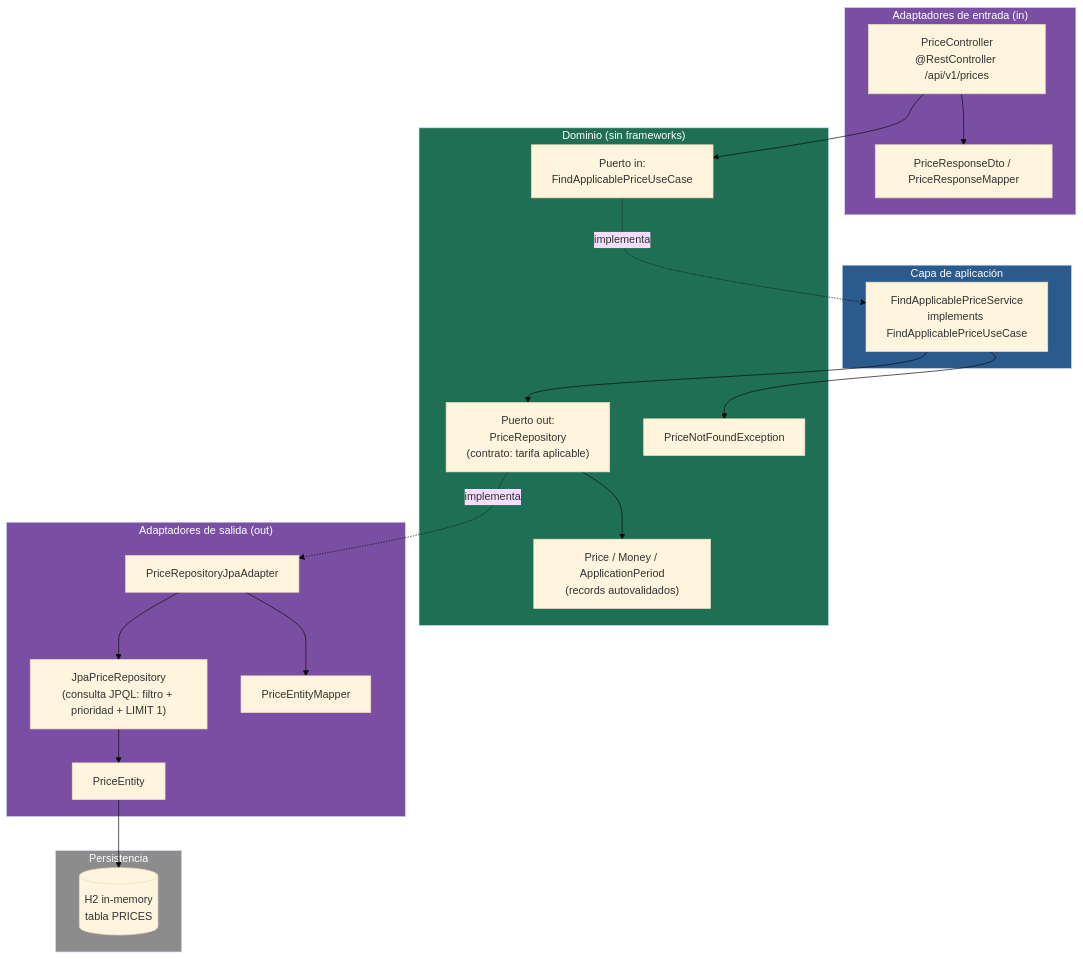
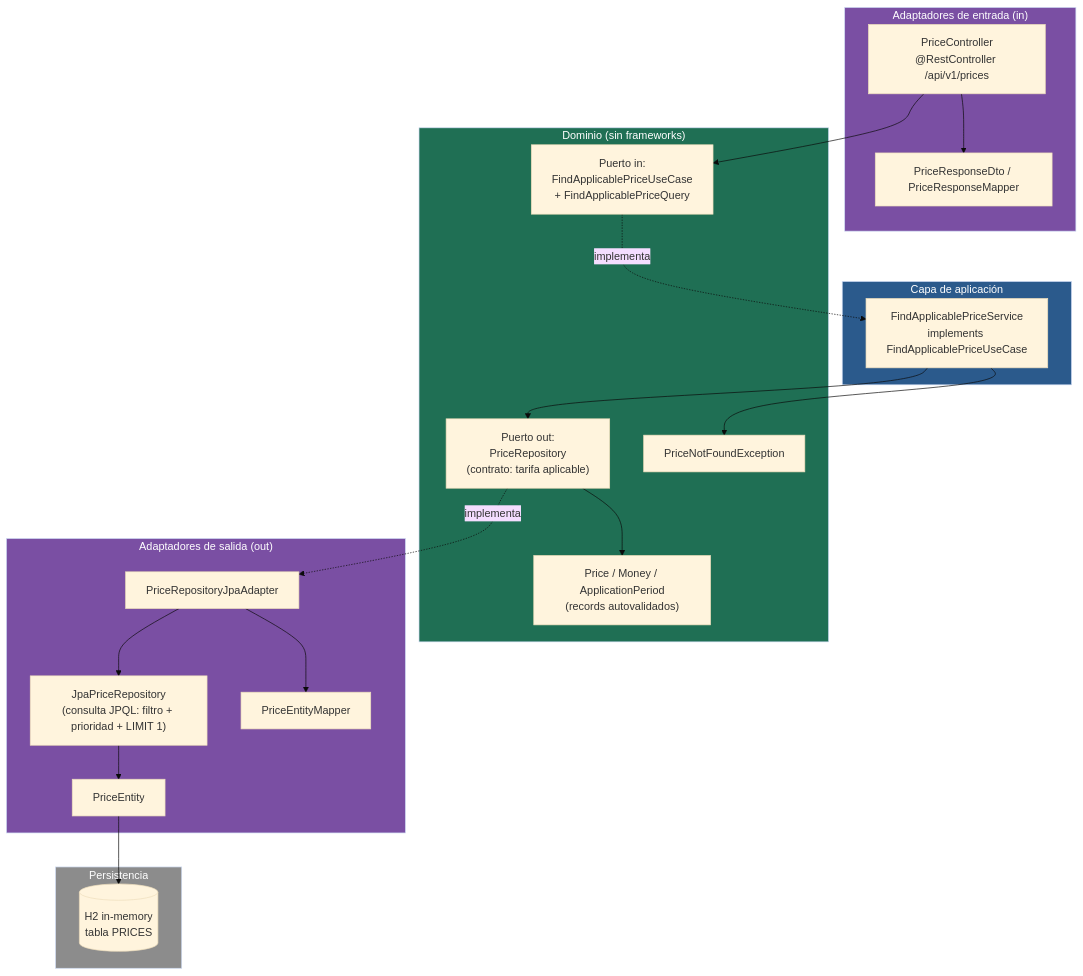
Before and after one commit to emanuelmcp/bcnc-inditex: the first of 6 diagrams in README.md, drawn with Mermaid (base theme). The commit also changed other lines of this file, not shown here.

````diff
--- a/README.md
+++ b/README.md
@@ -71,47 +71,47 @@
 ```mermaid
 flowchart TB
   subgraph IN["Adaptadores de entrada (in)"]
     Controller["PriceController<br/>@RestController /api/v1/prices"]
     DtoIn["PriceResponseDto / PriceResponseMapper"]
   end
 
   subgraph APP["Capa de aplicación"]
     Service["FindApplicablePriceService<br/>implements FindApplicablePriceUseCase"]
   end
 
   subgraph DOMAIN["Dominio (sin frameworks)"]
-    UseCasePort["Puerto in:<br/>FindApplicablePriceUseCase"]
+    UseCasePort["Puerto in:<br/>FindApplicablePriceUseCase<br/>+ FindApplicablePriceQuery"]
     RepoPort["Puerto out:<br/>PriceRepository<br/>(contrato: tarifa aplicable)"]
     Models["Price / Money / ApplicationPeriod<br/>(records autovalidados)"]
     Errors["PriceNotFoundException"]
   end
 
   subgraph OUT["Adaptadores de salida (out)"]
     Adapter["PriceRepositoryJpaAdapter"]
     Jpa["JpaPriceRepository<br/>(consulta JPQL: filtro + prioridad + LIMIT 1)"]
     Entity["PriceEntity"]
     EntityMapper["PriceEntityMapper"]
   end
 
   subgraph DB["Persistencia"]
     H2[("H2 in-memory<br/>tabla PRICES")]
   end
 
   Controller --> DtoIn
   Controller --> UseCasePort
   UseCasePort -. implementa .-> Service
   Service --> RepoPort
   Service --> Errors
   RepoPort --> Models
   RepoPort -. implementa .-> Adapter
   Adapter --> Jpa
   Adapter --> EntityMapper
   Jpa --> Entity
   Entity --> H2
 
   style DOMAIN fill:#1f6f54,color:#fff
   style APP fill:#2b5a8c,color:#fff
   style IN fill:#7a4fa3,color:#fff
   style OUT fill:#7a4fa3,color:#fff
   style DB fill:#8c8c8c,color:#fff
 ```
````
